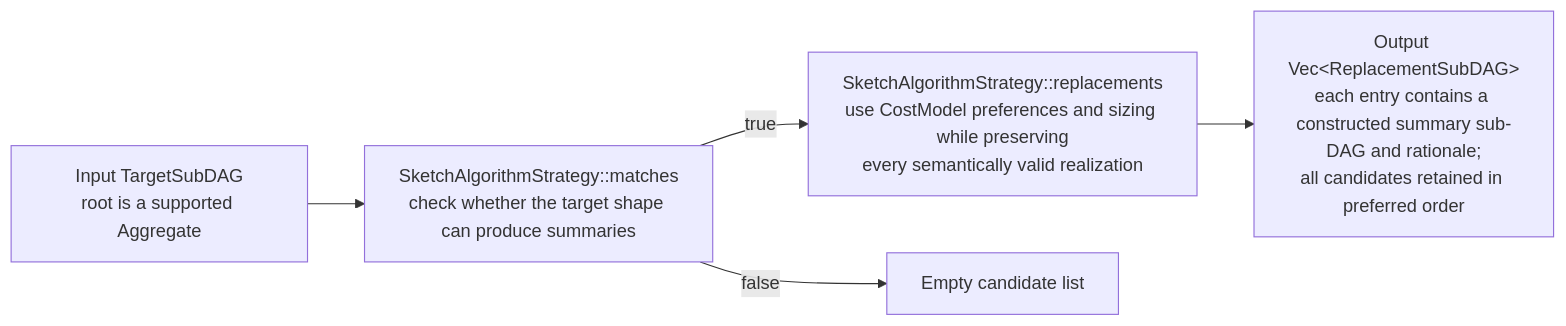
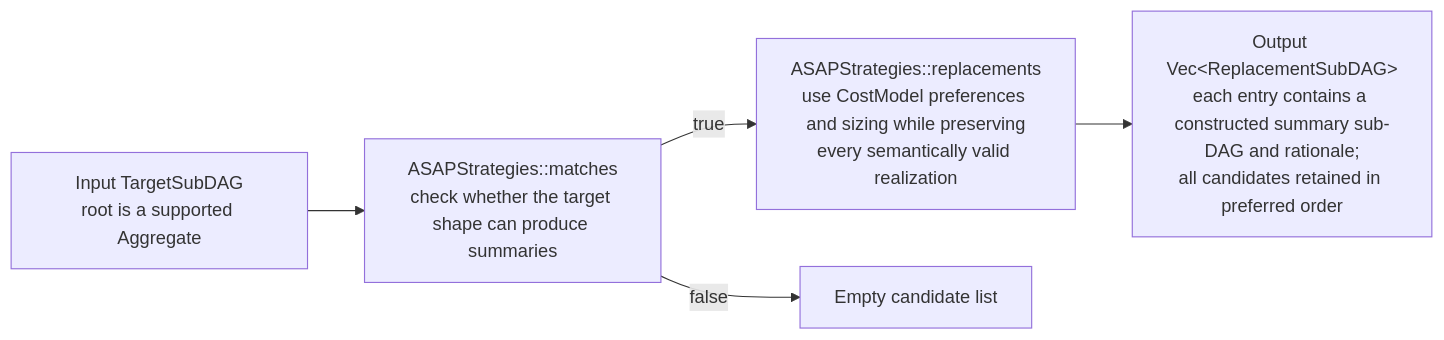
One commit to ProjectASAP/ASAPPlanner changed the first of 4 diagrams in docs/develop_docs/extend-asap-aware-mapping.md. Above: the diagram before and after it, drawn with Mermaid. The commit also changed other lines of this file and 42 other files, not shown here.

````diff
--- a/docs/develop_docs/extend-asap-aware-mapping.md
+++ b/docs/develop_docs/extend-asap-aware-mapping.md
@@ -252,7 +252,7 @@
 ```mermaid
 flowchart LR
-  A["Input TargetSubDAG<br/>root is a supported Aggregate"] --> B["SketchAlgorithmStrategy::matches<br/>check whether the target shape can produce summaries"]
-  B -->|"true"| C["SketchAlgorithmStrategy::replacements<br/>use CostModel preferences and sizing while preserving<br/>every semantically valid realization"]
+  A["Input TargetSubDAG<br/>root is a supported Aggregate"] --> B["ASAPStrategies::matches<br/>check whether the target shape can produce summaries"]
+  B -->|"true"| C["ASAPStrategies::replacements<br/>use CostModel preferences and sizing while preserving<br/>every semantically valid realization"]
   B -->|"false"| NONE["Empty candidate list"]
   C --> F["Output Vec&lt;ReplacementSubDAG&gt;<br/>each entry contains a constructed summary sub-DAG and rationale;<br/>all candidates retained in preferred order"]
 ```
````
